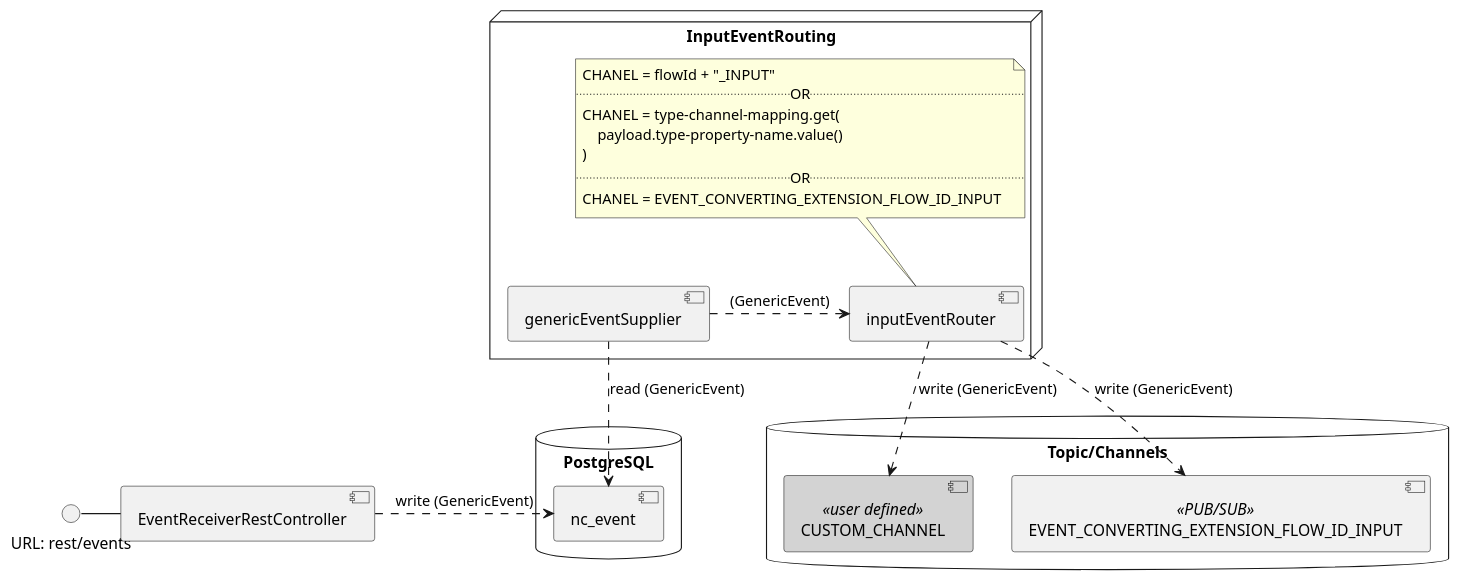
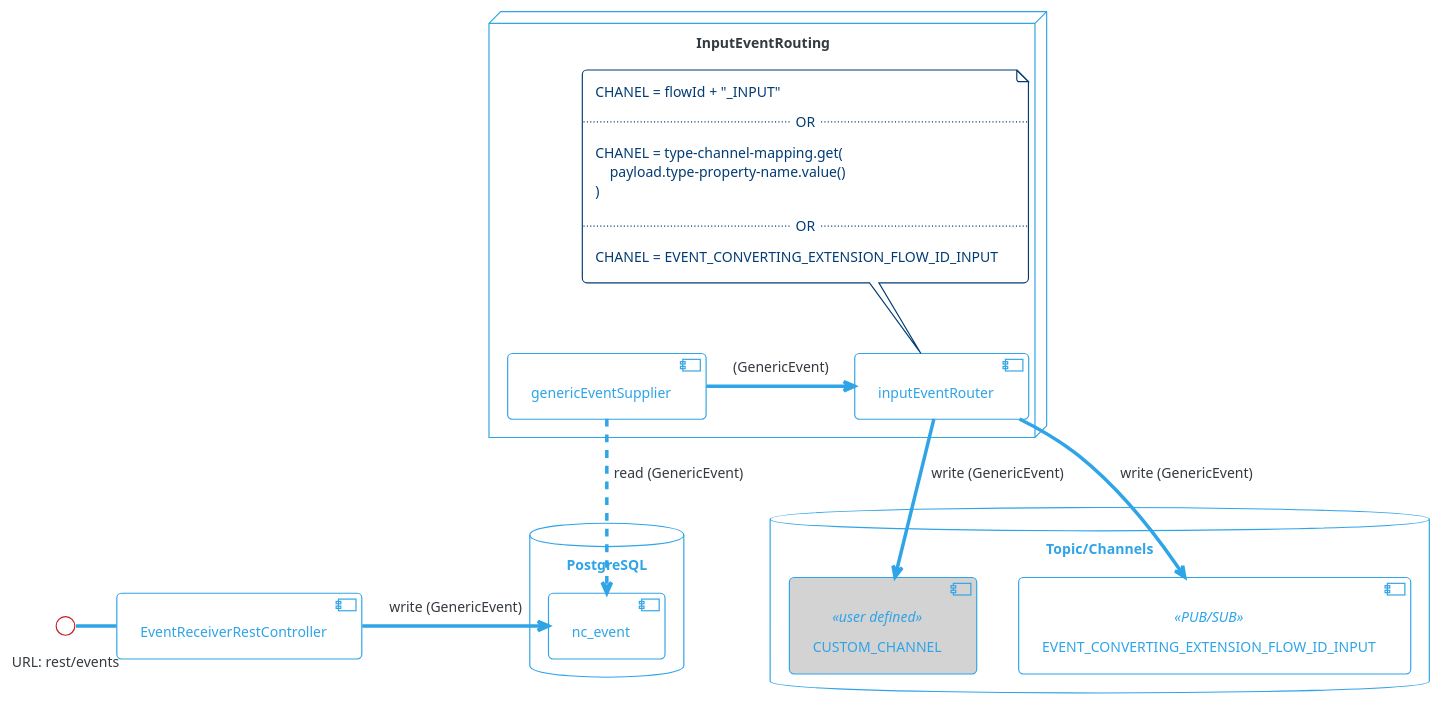
Before and after one commit to com-obj/notiflow: the diagram in diagrams/input-event-routing.puml, drawn with PlantUML. The commit also changed 5 other files, not shown here.

Commit message:
diagram update

```diff
--- a/diagrams/input-event-routing.puml
+++ b/diagrams/input-event-routing.puml
@@ -1,52 +1,54 @@
 @startuml
+
+!theme cerulean-outline
 
 skinparam component {
     backgroundColor<<user defined>> LightGray
 }
 
 database "PostgreSQL" {
     [nc_event]
 }
 
 () "URL: rest/events" - [EventReceiverRestController]
-EventReceiverRestController .r.> nc_event : write (GenericEvent)
+EventReceiverRestController -r-> nc_event : write (GenericEvent)
 
 
 database "Topic/Channels" {
 
     [CUSTOM_CHANNEL]<<user defined>>
     [EVENT_CONVERTING_EXTENSION_FLOW_ID_INPUT]<<PUB/SUB>> 
 }
 
 node "InputEventRouting" {
   [genericEventSupplier] ..> nc_event : read (GenericEvent)
   [inputEventRouter]
 
-  genericEventSupplier .> inputEventRouter: (GenericEvent)
+  genericEventSupplier -> inputEventRouter: (GenericEvent)
 
   note top of inputEventRouter 
     CHANEL = flowId + "_INPUT"    
     ..OR..
     CHANEL = type-channel-mapping.get( 
         payload.type-property-name.value() 
     )
     ..OR..
     CHANEL = EVENT_CONVERTING_EXTENSION_FLOW_ID_INPUT
   end note  
 
-  inputEventRouter ..> CUSTOM_CHANNEL : write (GenericEvent)
-  inputEventRouter ..> EVENT_CONVERTING_EXTENSION_FLOW_ID_INPUT : write (GenericEvent)
+  inputEventRouter --> CUSTOM_CHANNEL : write (GenericEvent)
+  inputEventRouter --> EVENT_CONVERTING_EXTENSION_FLOW_ID_INPUT : write (GenericEvent)
 }
 
 
 
 
 
 
 
 
 
 
 
 
 @enduml
```
